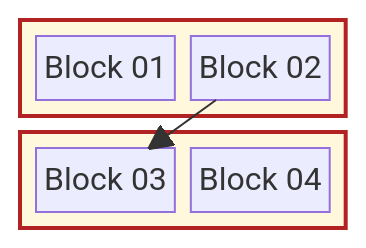
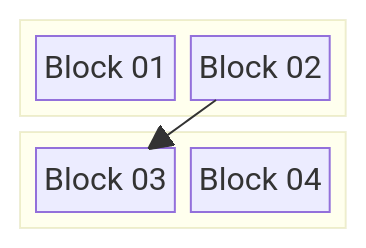
The seventh of 7 diagrams in blocks/blocks_v1.md (joe-dorward/samples), drawn with Mermaid before and after one commit.

````diff
--- a/blocks/blocks_v1.md
+++ b/blocks/blocks_v1.md
@@ -87,23 +87,23 @@
 ```mermaid
   block
   columns 1
 
   %% define a block with an ID for styling
   block:GROUP_01
     BLOCK_01["Block 01"]
     BLOCK_02["Block 02"]
   end
 
   block:GROUP_02
     BLOCK_03["Block 03"]
     BLOCK_04["Block 04"]
   end
 
   %% add link
   BLOCK_02-->
   BLOCK_03
 
   %% style
-  style GROUP_01 fill:cornsilk,stroke:firebrick,stroke-width:2px
-  style GROUP_02 fill:cornsilk,stroke:firebrick,stroke-width:2px
+  %%style GROUP_01 fill:cornsilk,stroke:firebrick,stroke-width:2px
+  %%style GROUP_02 fill:cornsilk,stroke:firebrick,stroke-width:2px
 ```
````
